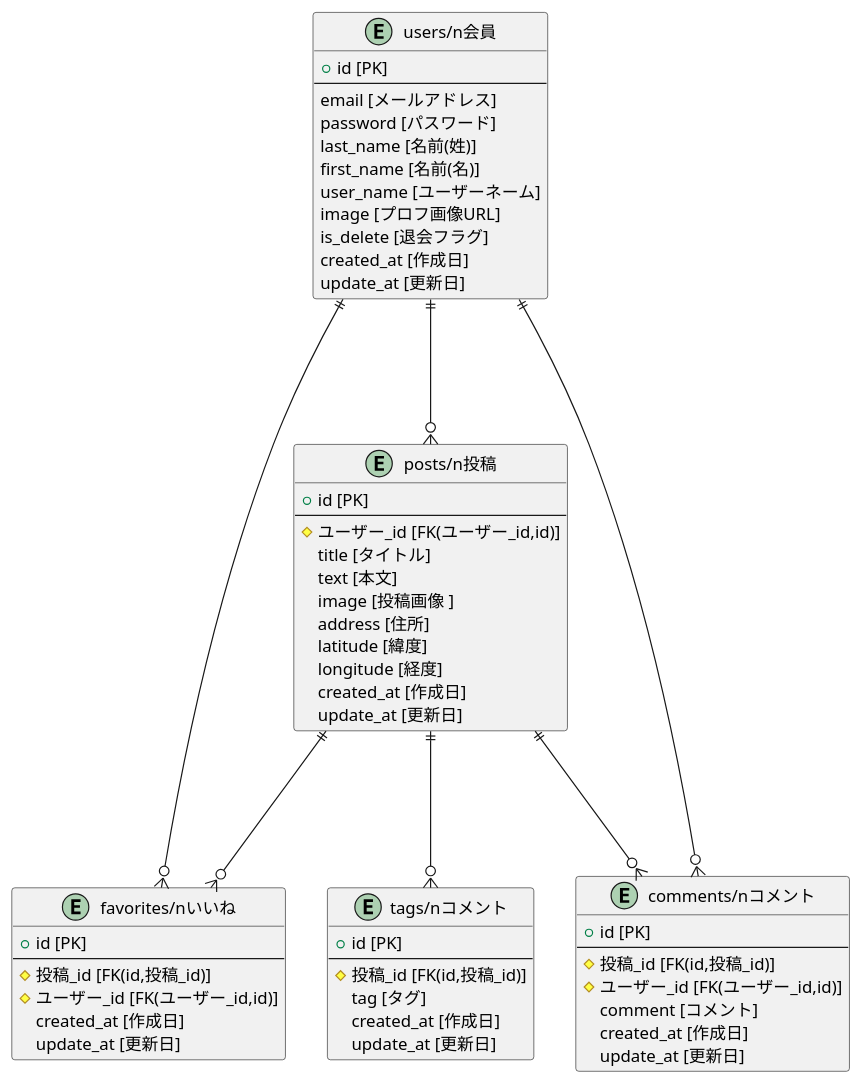
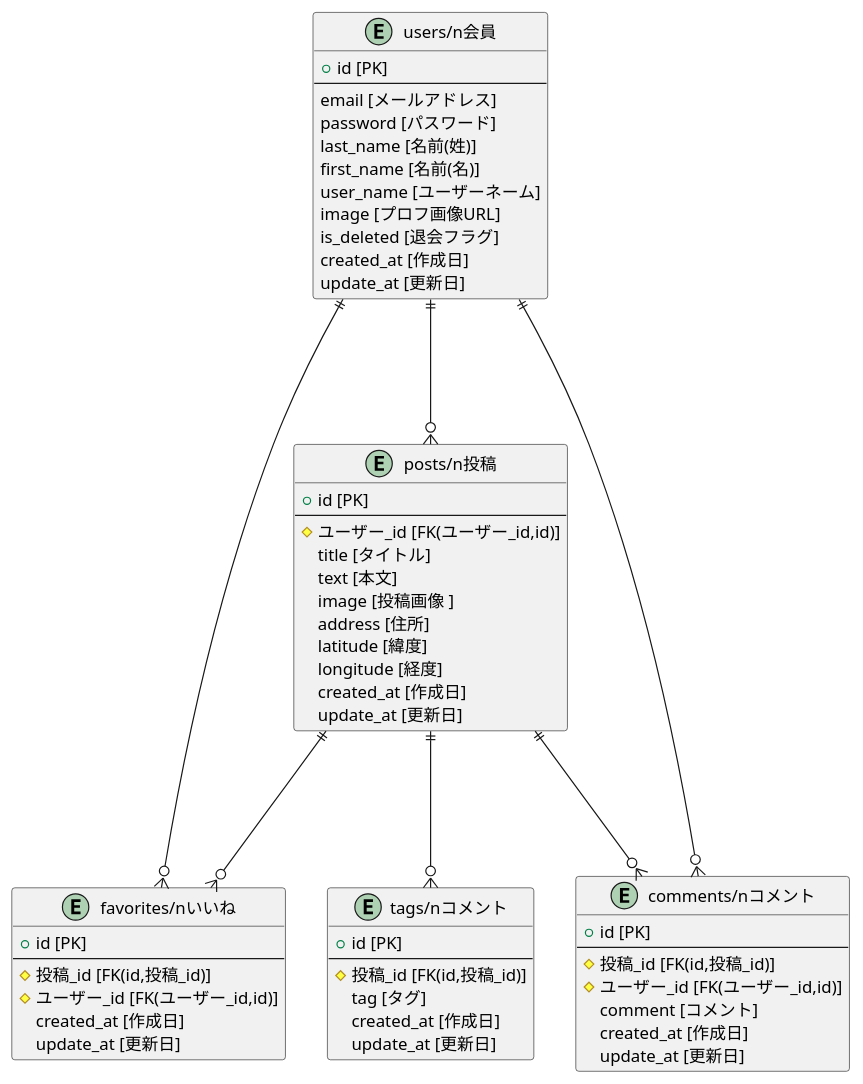
One commit to herojejung/Ours changed the diagram in README.md. Above: the diagram before and after it, drawn with PlantUML.

Commit message:
[update]ER図編集

````diff
--- a/README.md
+++ b/README.md
@@ -46,61 +46,61 @@
 ```puml
 @startuml
 entity users as "users/n会員" {
   + id [PK]
   --
 email [メールアドレス]
 password [パスワード]
 last_name [名前(姓)]
 first_name [名前(名)]
 user_name [ユーザーネーム]
 image [プロフ画像URL]
-is_delete [退会フラグ]
+is_deleted [退会フラグ]
 created_at [作成日]
 update_at [更新日]
 }
 entity posts as "posts/n投稿" {
   + id [PK]
   --
 # ユーザー_id [FK(ユーザー_id,id)]
 title [タイトル]
 text [本文]
 image [投稿画像 ]
 address [住所]
 latitude [緯度]
 longitude [経度]
 created_at [作成日]
 update_at [更新日]
 }
 entity tags as "tags/nコメント" {
   + id [PK]
   --
 # 投稿_id [FK(id,投稿_id)]
 tag [タグ]
 created_at [作成日]
 update_at [更新日]
 }
 entity comments as "comments/nコメント" {
   + id [PK]
   --
 # 投稿_id [FK(id,投稿_id)]
 # ユーザー_id [FK(ユーザー_id,id)]
 comment [コメント]
 created_at [作成日]
 update_at [更新日]
 }
 entity favorites as "favorites/nいいね" {
   + id [PK]
   --
 # 投稿_id [FK(id,投稿_id)]
 # ユーザー_id [FK(ユーザー_id,id)]
 created_at [作成日]
 update_at [更新日]
 }
 users ||-d--o{ posts
 posts ||-d--o{tags
 users ||-d--o{ comments
 users ||-d--o{ favorites
 posts ||-d--o{ comments
 posts ||-d--o{ favorites
 @enduml
 ```
````
